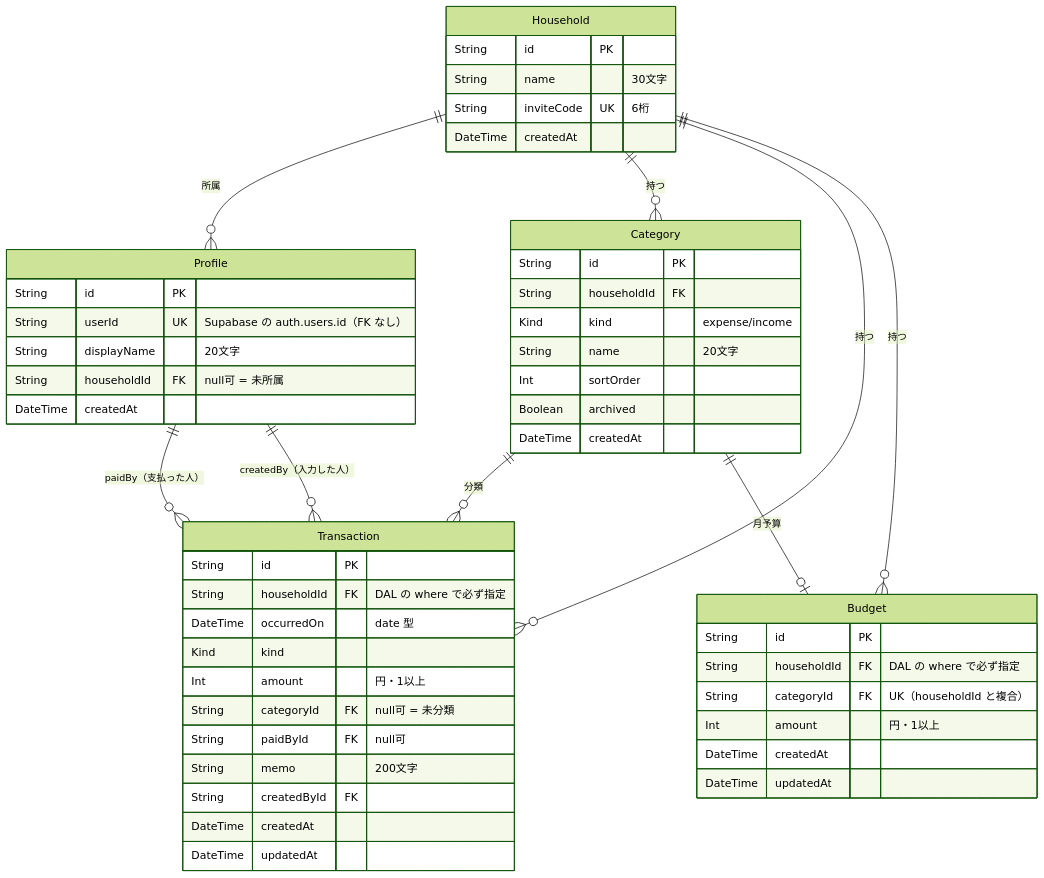
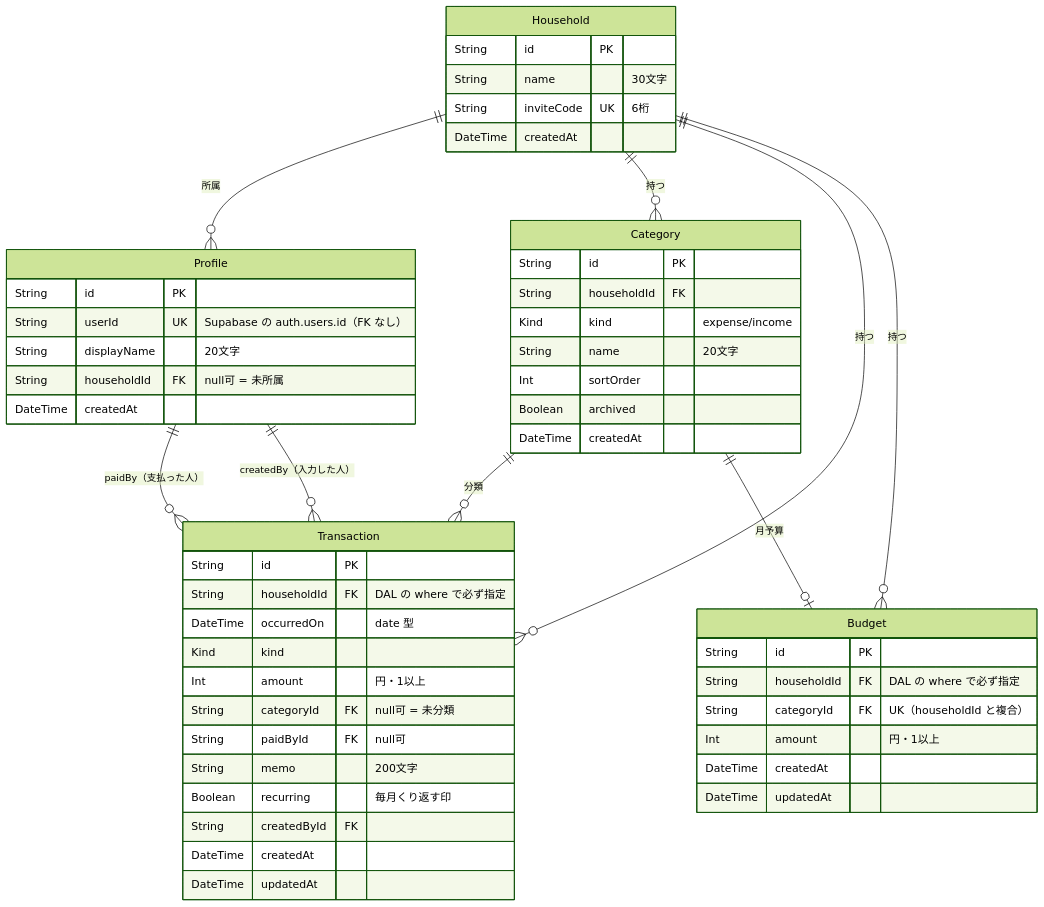
One commit to arize-matsuda/monely changed the diagram in docs/02-design/database-design.md. Above: the diagram before and after it, drawn with Mermaid (forest theme). The commit also changed other lines of this file and 18 other files, not shown here.

````diff
--- a/docs/02-design/database-design.md
+++ b/docs/02-design/database-design.md
@@ -47,55 +47,56 @@
 ```mermaid
 erDiagram
     Household ||--o{ Profile : "所属"
     Household ||--o{ Category : "持つ"
     Household ||--o{ Transaction : "持つ"
     Household ||--o{ Budget : "持つ"
     Category ||--o{ Transaction : "分類"
     Category ||--o| Budget : "月予算"
     Profile ||--o{ Transaction : "paidBy（支払った人）"
     Profile ||--o{ Transaction : "createdBy（入力した人）"
 
     Household {
         String id PK
         String name "30文字"
         String inviteCode UK "6桁"
         DateTime createdAt
     }
     Profile {
         String id PK
         String userId UK "Supabase の auth.users.id（FK なし）"
         String displayName "20文字"
         String householdId FK "null可 = 未所属"
         DateTime createdAt
     }
     Category {
         String id PK
         String householdId FK
         Kind kind "expense/income"
         String name "20文字"
         Int sortOrder
         Boolean archived
         DateTime createdAt
     }
     Transaction {
         String id PK
         String householdId FK "DAL の where で必ず指定"
         DateTime occurredOn "date 型"
         Kind kind
         Int amount "円・1以上"
         String categoryId FK "null可 = 未分類"
         String paidById FK "null可"
         String memo "200文字"
+        Boolean recurring "毎月くり返す印"
         String createdById FK
         DateTime createdAt
         DateTime updatedAt
     }
     Budget {
         String id PK
         String householdId FK "DAL の where で必ず指定"
         String categoryId FK "UK（householdId と複合）"
         Int amount "円・1以上"
         DateTime createdAt
         DateTime updatedAt
     }
 ```
````
